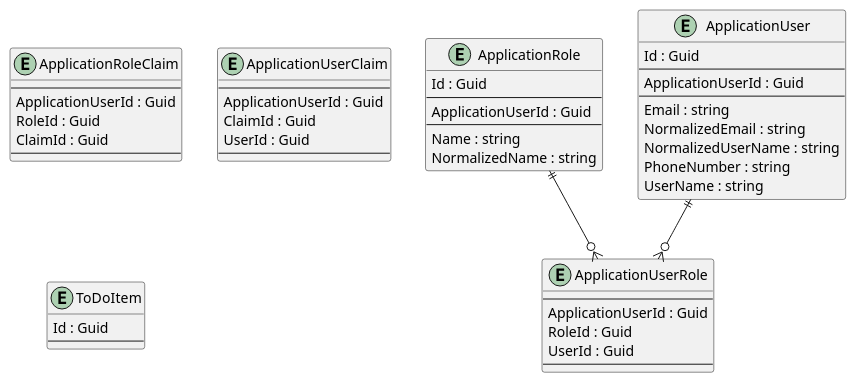
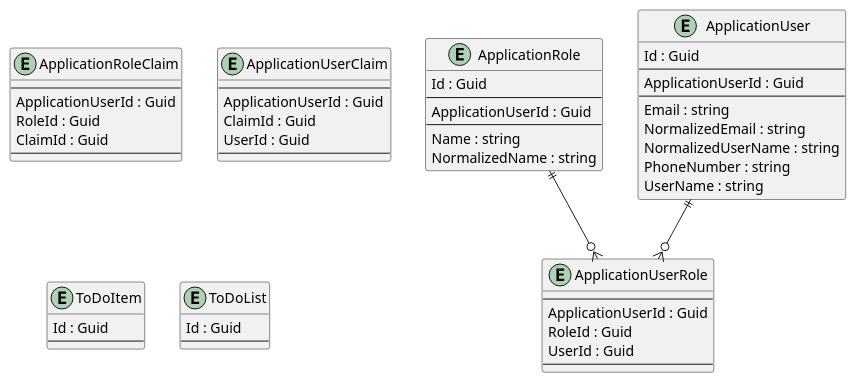
The diagram in .docs/Intrepion.ToDo.pu (intrepion/intrepion_to-do_web_blazor), drawn with PlantUML before and after one commit.

Commit message:
gawk -i inplace "{ gsub(/' EntityCodePlaceholder/, \"entity ToDoList {\n\ \ \ \ Id : Guid\n\ \ \ \ --\n\ \ \ \ ' IdCodePlaceholder--\n\ \ \ \ ' PropertyCodePlaceholder\n}\n\n' EntityCodePlaceholder\") }; { print }" .docs/Intrepion.ToDo.pu

```diff
--- a/.docs/Intrepion.ToDo.pu
+++ b/.docs/Intrepion.ToDo.pu
@@ -1,62 +1,69 @@
 @startuml
 
 entity ApplicationRole {
     Id : Guid
     --
     ApplicationUserId : Guid
     --
     Name : string
     NormalizedName : string
 }
 
 entity ApplicationRoleClaim {
     --
     ApplicationUserId : Guid
     RoleId : Guid
     ClaimId : Guid
     --
 }
 
 entity ApplicationUser {
     Id : Guid
     --
     ApplicationUserId : Guid
     --
     Email : string
     NormalizedEmail : string
     NormalizedUserName : string
     PhoneNumber : string
     UserName : string
 }
 
 entity ApplicationUserClaim {
     --
     ApplicationUserId : Guid
     ClaimId : Guid
     UserId : Guid
     --
 }
 
 entity ApplicationUserRole {
     --
     ApplicationUserId : Guid
     RoleId : Guid
     UserId : Guid
     --
 }
 
 entity ToDoItem {
     Id : Guid
     --
     ' IdCodePlaceholder--
     ' PropertyCodePlaceholder
 }
 
+entity ToDoList {
+    Id : Guid
+    --
+    ' IdCodePlaceholder--
+    ' PropertyCodePlaceholder
+}
+
 ' EntityCodePlaceholder
 
 ApplicationRole ||--o{ ApplicationUserRole
 ApplicationUser ||--o{ ApplicationUserRole
 
 ' RelationshipCodePlaceholder
 
 @enduml
```
